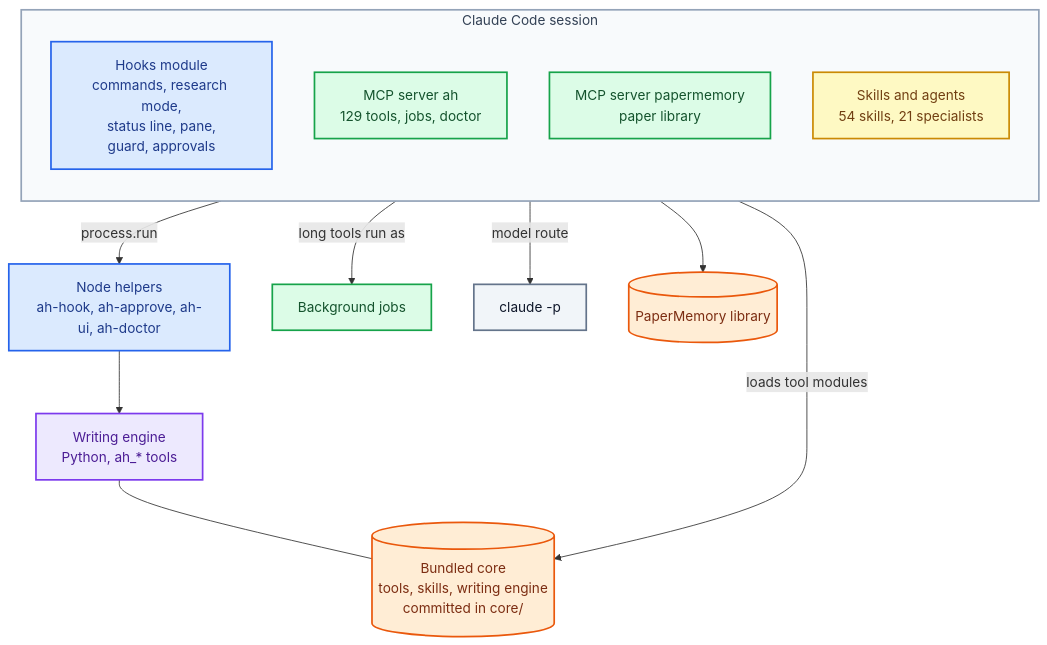
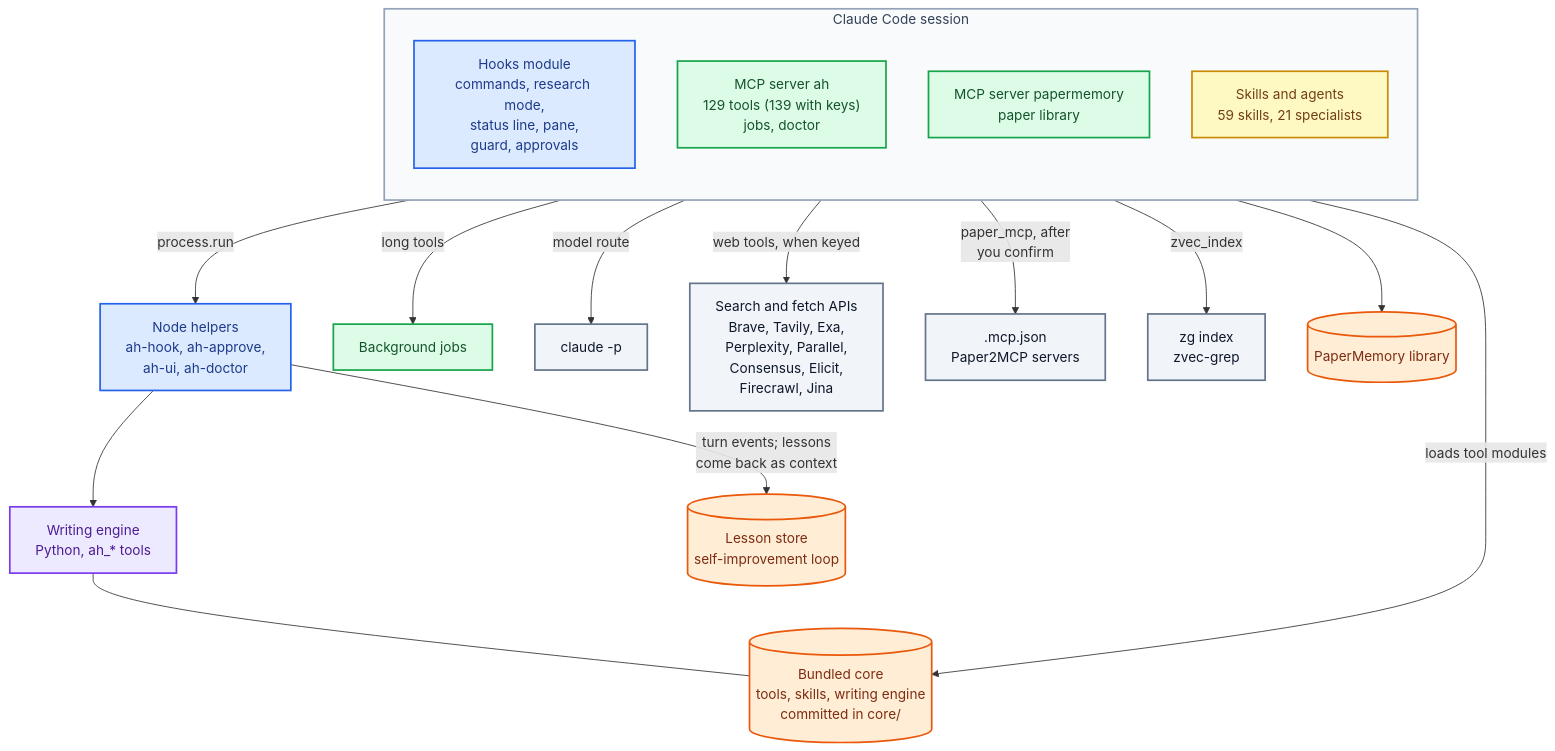
One commit to raktim-mondol/cc-mod-academic-harness changed the diagram in docs/assets/architecture.mmd. Above: the diagram before and after it, drawn with Mermaid. The commit also changed 41 other files, not shown here.

```diff
--- a/docs/assets/architecture.mmd
+++ b/docs/assets/architecture.mmd
@@ -1,29 +1,33 @@
 flowchart TB
   subgraph CC["Claude Code session"]
     direction TB
     H["Hooks module<br/>commands, research mode,<br/>status line, pane,<br/>guard, approvals"]
-    AH["MCP server ah<br/>129 tools, jobs, doctor"]
+    AH["MCP server ah<br/>129 tools (139 with keys)<br/>jobs, doctor"]
     PM["MCP server papermemory<br/>paper library"]
-    SK["Skills and agents<br/>54 skills, 21 specialists"]
+    SK["Skills and agents<br/>59 skills, 21 specialists"]
   end
-  H -->|"process.run"| BIN["Node helpers<br/>ah-hook, ah-approve, ah-ui, ah-doctor"]
+  H -->|"process.run"| BIN["Node helpers<br/>ah-hook, ah-approve,<br/>ah-ui, ah-doctor"]
   BIN --> ENG["Writing engine<br/>Python, ah_* tools"]
+  BIN -->|"turn events; lessons<br/>come back as context"| RSI[("Lesson store<br/>self-improvement loop")]
   AH -->|"loads tool modules"| UP[("Bundled core<br/>tools, skills, writing engine<br/>committed in core/")]
-  AH -->|"long tools run as"| JOBS["Background jobs"]
+  AH -->|"long tools"| JOBS["Background jobs"]
   AH -->|"model route"| CLI["claude -p"]
+  AH -->|"web tools, when keyed"| NET["Search and fetch APIs<br/>Brave, Tavily, Exa,<br/>Perplexity, Parallel,<br/>Consensus, Elicit,<br/>Firecrawl, Jina"]
+  AH -->|"paper_mcp, after<br/>you confirm"| MCPJ[".mcp.json<br/>Paper2MCP servers"]
+  AH -->|"zvec_index"| ZG["zg index<br/>zvec-grep"]
   ENG --- UP
   PM --> LIB[("PaperMemory library")]
 
   classDef hooks fill:#dbeafe,stroke:#2563eb,stroke-width:2px,color:#1e3a8a
   classDef server fill:#dcfce7,stroke:#16a34a,stroke-width:2px,color:#14532d
   classDef content fill:#fef9c3,stroke:#ca8a04,stroke-width:2px,color:#713f12
   classDef engine fill:#ede9fe,stroke:#7c3aed,stroke-width:2px,color:#4c1d95
   classDef store fill:#ffedd5,stroke:#ea580c,stroke-width:2px,color:#7c2d12
   classDef outside fill:#f1f5f9,stroke:#64748b,stroke-width:2px,color:#0f172a
   class H,BIN hooks
   class AH,PM,JOBS server
   class SK content
   class ENG engine
-  class UP,LIB store
-  class CLI outside
+  class UP,LIB,RSI store
+  class CLI,NET,MCPJ,ZG outside
   style CC fill:#f8fafc,stroke:#94a3b8,stroke-width:2px,color:#334155
```
